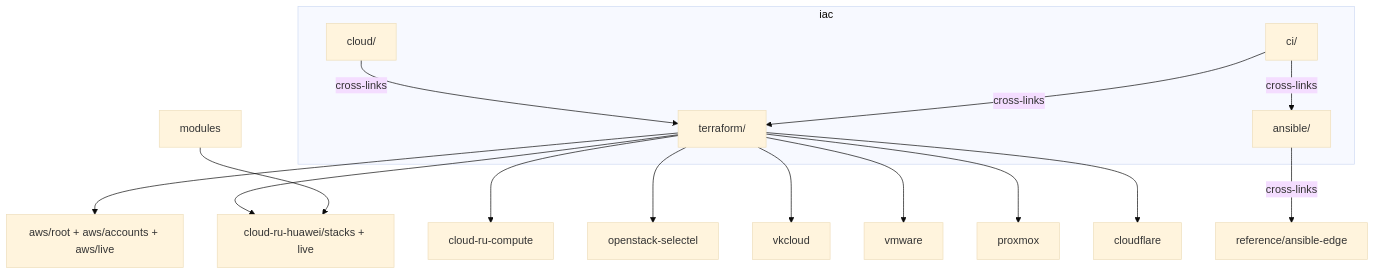
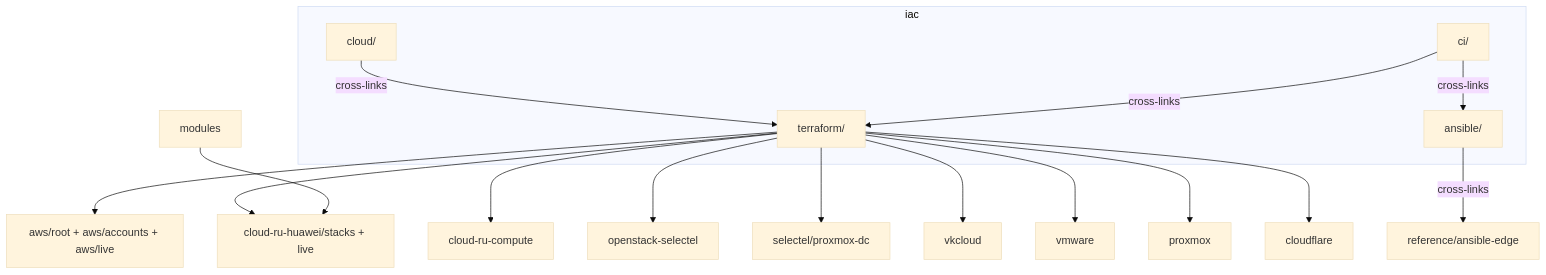
One commit to NarberallGamma/narberall-platform-engineer-lab changed the diagram in iac/README.md. Above: the diagram before and after it, drawn with Mermaid (base theme). The commit also changed 33 other files, not shown here.

First line of the commit message:
Add Selectel VPC and dedicated Proxmox slices with a cloud coverage map.

````diff
--- a/iac/README.md
+++ b/iac/README.md
@@ -24,22 +24,23 @@
 ```mermaid
 flowchart TB
   subgraph iac [iac]
     Cloud[cloud/]
     TF[terraform/]
     ANS[ansible/]
     CI[ci/]
   end
   Cloud -->|cross-links| TF
   ANS -->|cross-links| RefAns[reference/ansible-edge]
   CI -->|cross-links| TF
   CI -->|cross-links| ANS
   TF --> AWS[aws/root + aws/accounts + aws/live]
   TF --> CR[cloud-ru-huawei/stacks + live]
   TF --> CRC[cloud-ru-compute]
   TF --> OS[openstack-selectel]
+  TF --> SEL[selectel/proxmox-dc]
   TF --> VK[vkcloud]
   TF --> VMw[vmware]
   TF --> PX[proxmox]
   TF --> CF[cloudflare]
   Mods[modules] --> CR
 ```
````
